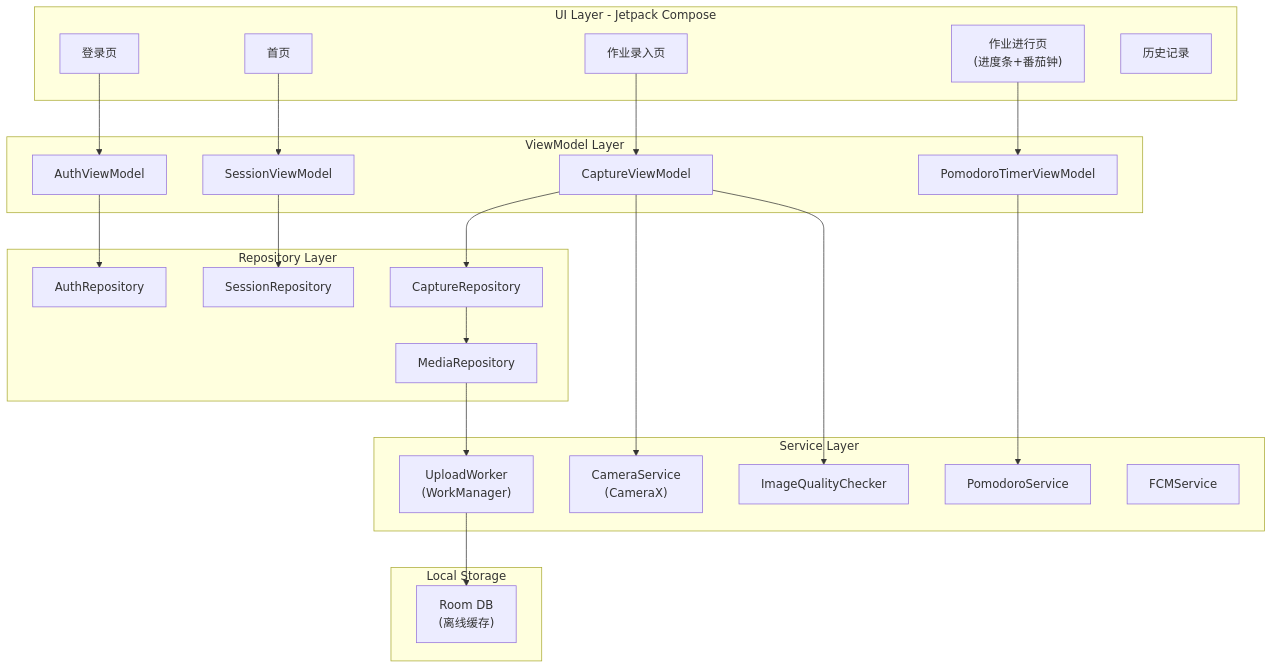
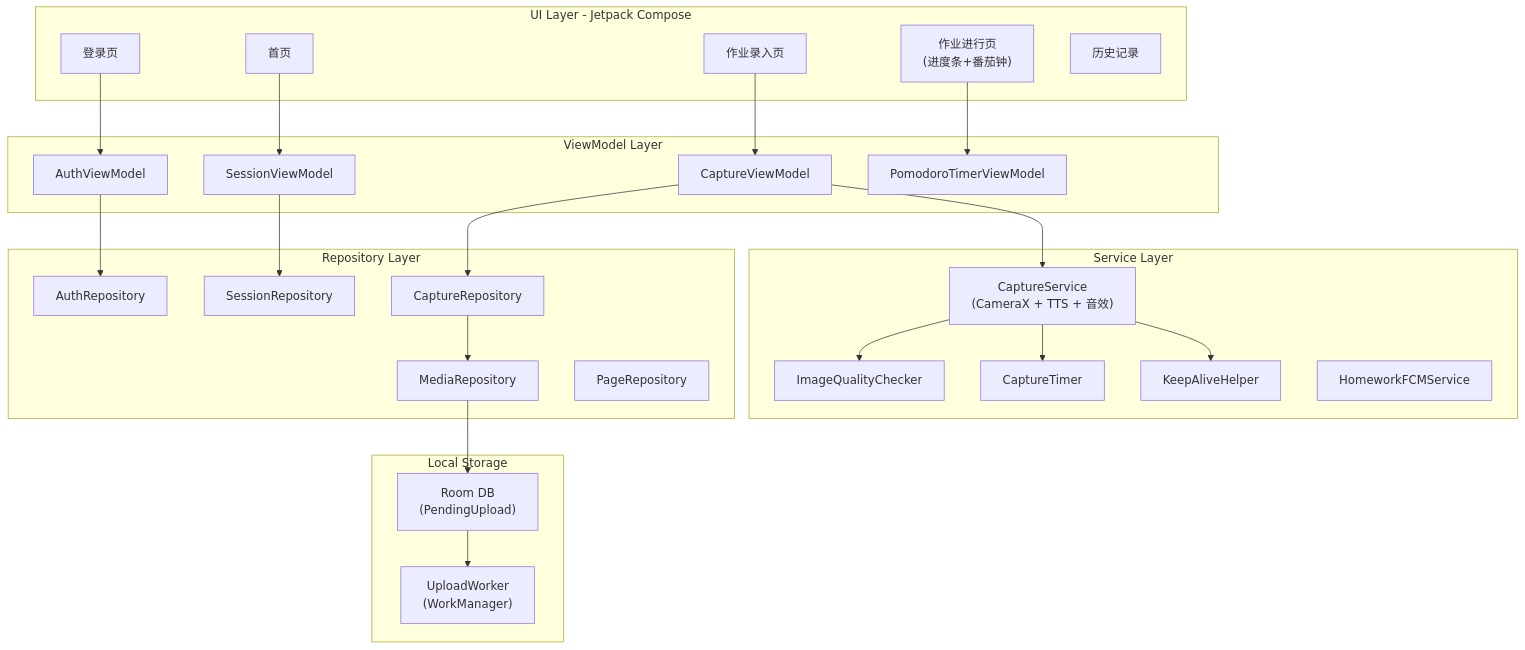
Before and after one commit to stand8one/mobhomework: the third of 3 diagrams in technical_design.md, drawn with Mermaid. The commit also changed other lines of this file and 42 other files, not shown here.

````diff
--- a/technical_design.md
+++ b/technical_design.md
@@ -380,46 +324,51 @@
 ```mermaid
 graph TB
     subgraph "UI Layer - Jetpack Compose"
         Login["登录页"]
         Home["首页"]
         Capture["作业录入页"]
         Session["作业进行页<br/>(进度条+番茄钟)"]
         History["历史记录"]
     end
 
     subgraph "ViewModel Layer"
         AuthVM["AuthViewModel"]
         SessionVM["SessionViewModel"]
         CaptureVM["CaptureViewModel"]
         TimerVM["PomodoroTimerViewModel"]
     end
 
     subgraph "Repository Layer"
         AuthRepo["AuthRepository"]
         SessionRepo["SessionRepository"]
         CaptureRepo["CaptureRepository"]
         MediaRepo["MediaRepository"]
+        PageRepo["PageRepository"]
     end
 
     subgraph "Service Layer"
-        CameraService["CameraService<br/>(CameraX)"]
-        UploadService["UploadWorker<br/>(WorkManager)"]
+        CaptureService["CaptureService<br/>(CameraX + TTS + 音效)"]
         QualityService["ImageQualityChecker"]
-        TimerService["PomodoroService"]
-        FCMService["FCMService"]
+        TimerService["CaptureTimer"]
+        KeepAlive["KeepAliveHelper"]
+        FCMService["HomeworkFCMService"]
     end
 
     subgraph "Local Storage"
-        RoomDB["Room DB<br/>(离线缓存)"]
+        RoomDB["Room DB<br/>(PendingUpload)"]
+        UploadW["UploadWorker<br/>(WorkManager)"]
     end
 
     Login --> AuthVM --> AuthRepo
     Home --> SessionVM --> SessionRepo
     Capture --> CaptureVM --> CaptureRepo
-    Session --> TimerVM --> TimerService
+    Session --> TimerVM
 
-    CaptureVM --> CameraService
-    CaptureVM --> QualityService
-    CaptureRepo --> MediaRepo --> UploadService
-    UploadService --> RoomDB
+    CaptureVM --> CaptureService
+    CaptureService --> QualityService
+    CaptureService --> TimerService
+    CaptureService --> KeepAlive
+    CaptureRepo --> MediaRepo
+    MediaRepo --> RoomDB
+    RoomDB --> UploadW
 ```
````
